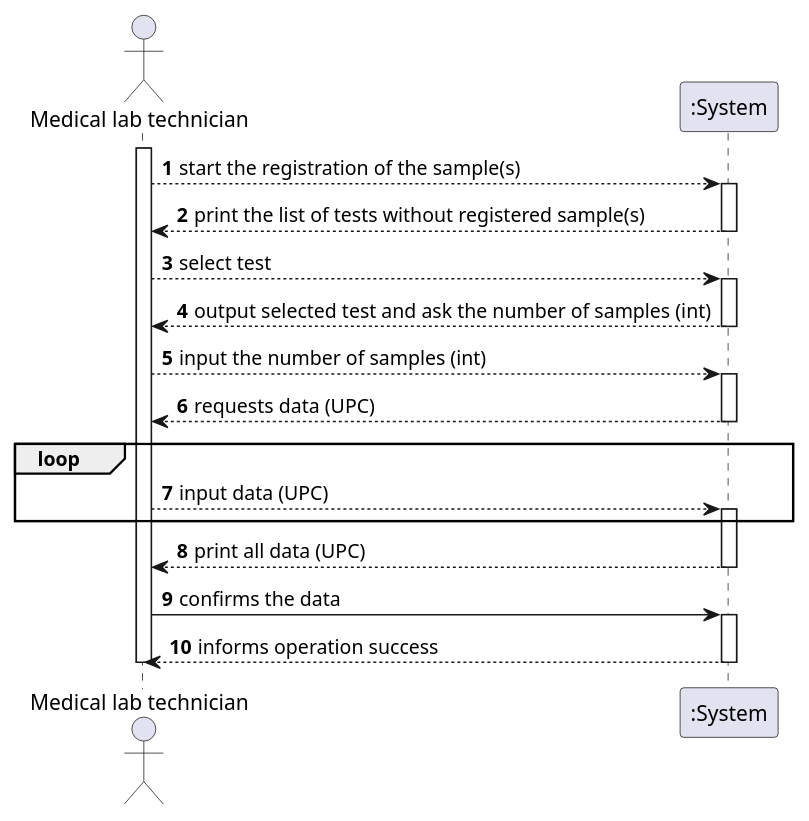
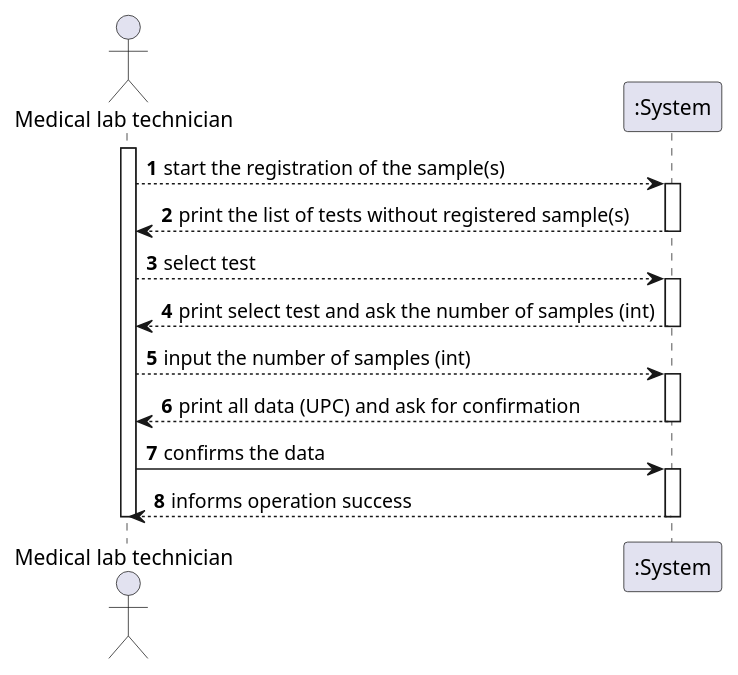
One commit to GuilhermeCunha79/lapr2 changed the diagram in docs/SprintC/US5/UC5_SSD.puml. Above: the diagram before and after it, drawn with PlantUML. The commit also changed 3 other files, not shown here.

Commit message:
[UC5] Concusion of SD diagram and update in SSD and md

```diff
--- a/docs/SprintC/US5/UC5_SSD.puml
+++ b/docs/SprintC/US5/UC5_SSD.puml
@@ -1,32 +1,26 @@
 @startuml
 'https://plantuml.com/sequence-diagram
 
 autonumber
 actor "Medical lab technician" as Mlt
 
 activate Mlt
 Mlt--> ":System" : start the registration of the sample(s)
 activate ":System"
 ":System"--> Mlt : print the list of tests without registered sample(s)
 deactivate ":System"
 Mlt --> ":System" : select test
 activate ":System"
-":System"--> Mlt : output selected test and ask the number of samples (int)
+":System"--> Mlt : print select test and ask the number of samples (int)
 deactivate ":System"
 Mlt --> ":System" : input the number of samples (int)
 activate ":System"
-":System" --> Mlt : requests data (UPC)
-loop
+":System" --> Mlt : print all data (UPC) and ask for confirmation
 deactivate ":System"
-Mlt --> ":System" : input data (UPC)
-activate ":System"
-end
-":System" --> Mlt : print all data (UPC)
-deactivate ":System"
-Mlt -> ":System" : confirms the data
+Mlt -> ":System" :  confirms the data
 activate ":System"
 ":System" --> Mlt : informs operation success
 deactivate ":System"
 
 deactivate Mlt
 @enduml
```
